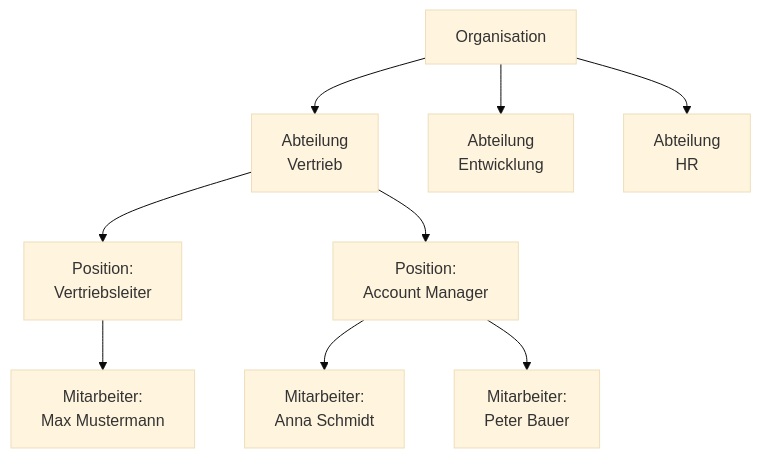
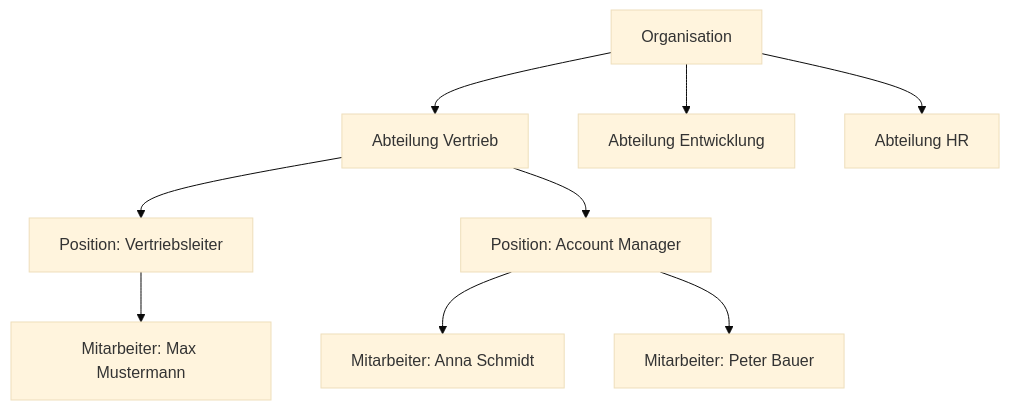
Before and after one commit to SoniiiT/notes-n-docs: the first of 6 diagrams in Microsoft 365/Dynamics 365/Dynamics 365 HR.md, drawn with Mermaid (base theme). The commit also changed other lines of this file and 124 other files, not shown here.

First line of the commit message:
fix: Entferne \n aus allen Mermaid-Diagrammen (125 Dateien)

````diff
--- a/Microsoft 365/Dynamics 365/Dynamics 365 HR.md
+++ b/Microsoft 365/Dynamics 365/Dynamics 365 HR.md
@@ -28,11 +28,11 @@
 ```mermaid
 graph TD
-    ORG[Organisation] --> DEP1[Abteilung\nVertrieb]
-    ORG --> DEP2[Abteilung\nEntwicklung]
-    ORG --> DEP3[Abteilung\nHR]
-    DEP1 --> POS1[Position:\nVertriebsleiter]
-    DEP1 --> POS2[Position:\nAccount Manager]
-    POS1 --> EMP1[Mitarbeiter:\nMax Mustermann]
-    POS2 --> EMP2[Mitarbeiter:\nAnna Schmidt]
-    POS2 --> EMP3[Mitarbeiter:\nPeter Bauer]
+    ORG[Organisation] --> DEP1[Abteilung Vertrieb]
+    ORG --> DEP2[Abteilung Entwicklung]
+    ORG --> DEP3[Abteilung HR]
+    DEP1 --> POS1[Position: Vertriebsleiter]
+    DEP1 --> POS2[Position: Account Manager]
+    POS1 --> EMP1[Mitarbeiter: Max Mustermann]
+    POS2 --> EMP2[Mitarbeiter: Anna Schmidt]
+    POS2 --> EMP3[Mitarbeiter: Peter Bauer]
 ```
````
